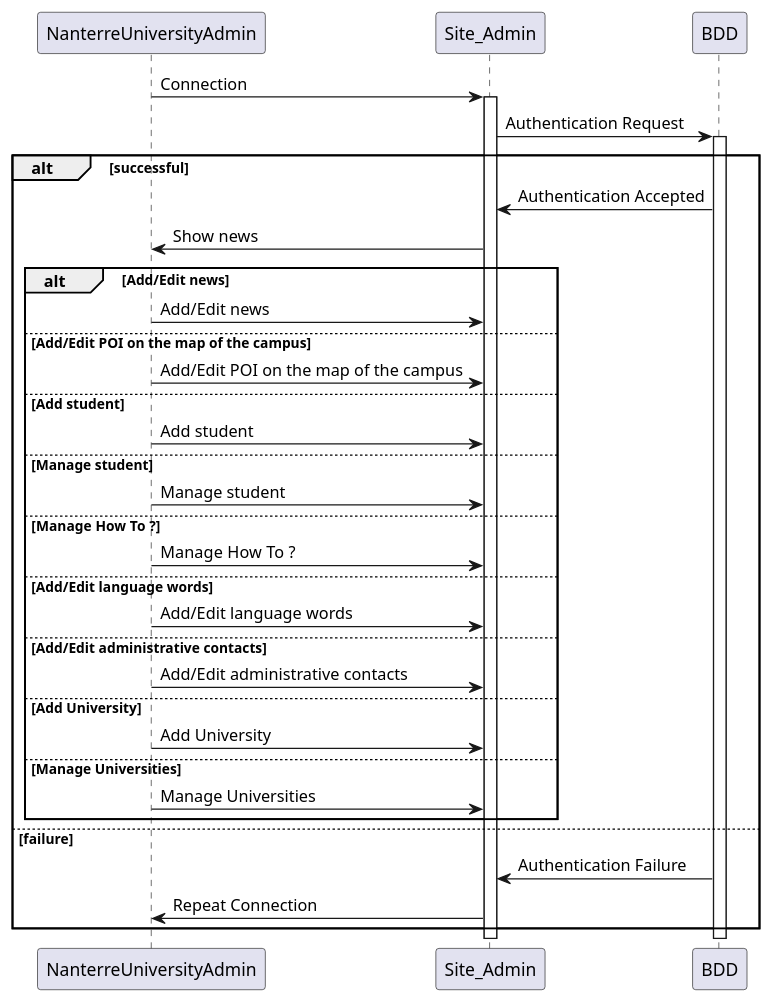
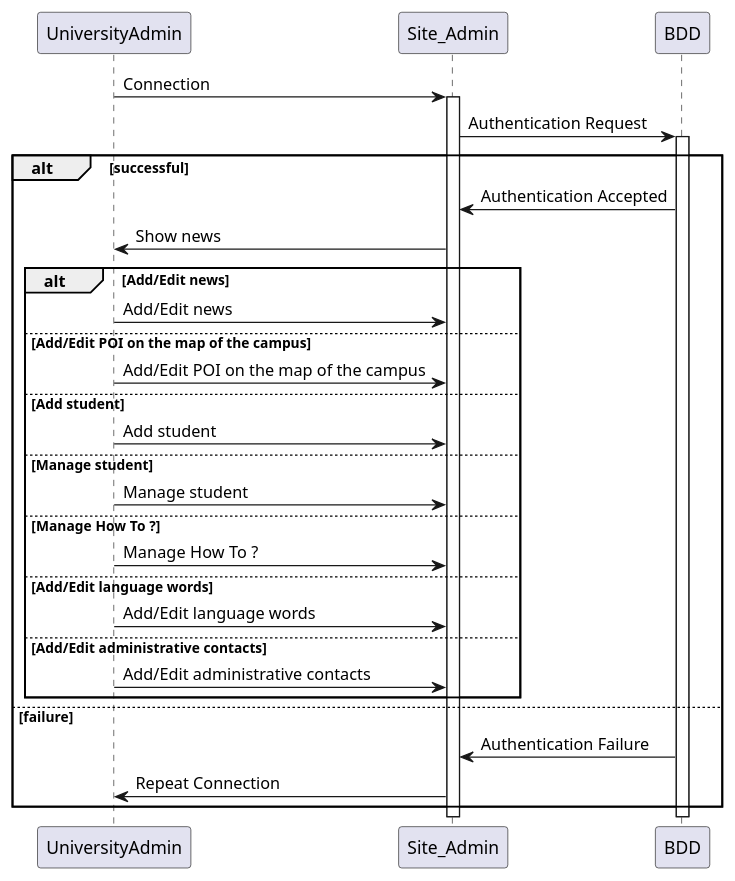
Before and after one commit to Miage-Paris-Ouest/m1c20152016-mobonline: the diagram in diagrams/UniversityAdminSequence.puml, drawn with PlantUML. The commit also changed 5 other files, not shown here.

Commit message:
add png diagrams

```diff
--- a/diagrams/UniversityAdminSequence.puml
+++ b/diagrams/UniversityAdminSequence.puml
@@ -1,50 +1,45 @@
 @startuml
 
-NanterreUniversityAdmin -> Site_Admin: Connection
+UniversityAdmin -> Site_Admin: Connection
 activate Site_Admin
 
 
 Site_Admin -> BDD: Authentication Request
 activate BDD
 
 alt successful
 
     BDD -> Site_Admin: Authentication Accepted
-    Site_Admin->NanterreUniversityAdmin : Show news
+    Site_Admin->UniversityAdmin : Show news
 
         alt Add/Edit news
-            NanterreUniversityAdmin -> Site_Admin: Add/Edit news
+            UniversityAdmin -> Site_Admin: Add/Edit news
 
         else Add/Edit POI on the map of the campus
-            NanterreUniversityAdmin -> Site_Admin: Add/Edit POI on the map of the campus
+            UniversityAdmin -> Site_Admin: Add/Edit POI on the map of the campus
 
         else Add student
-             NanterreUniversityAdmin -> Site_Admin: Add student
+             UniversityAdmin -> Site_Admin: Add student
 
         else Manage student
-             NanterreUniversityAdmin -> Site_Admin: Manage student
+             UniversityAdmin -> Site_Admin: Manage student
 
         else Manage How To ?
-             NanterreUniversityAdmin -> Site_Admin: Manage How To ?
+             UniversityAdmin -> Site_Admin: Manage How To ?
 
         else Add/Edit language words
-            NanterreUniversityAdmin -> Site_Admin: Add/Edit language words
+             UniversityAdmin -> Site_Admin: Add/Edit language words
 
         else Add/Edit administrative contacts
-             NanterreUniversityAdmin -> Site_Admin: Add/Edit administrative contacts
+             UniversityAdmin -> Site_Admin: Add/Edit administrative contacts
 
-        else Add University
-             NanterreUniversityAdmin -> Site_Admin: Add University
-
-        else Manage Universities
-             NanterreUniversityAdmin -> Site_Admin: Manage Universities
         end
 
 else failure
 
     BDD -> Site_Admin: Authentication Failure
-    Site_Admin->NanterreUniversityAdmin : Repeat Connection
+    Site_Admin->UniversityAdmin : Repeat Connection
 end
 
 
 @enduml
```
